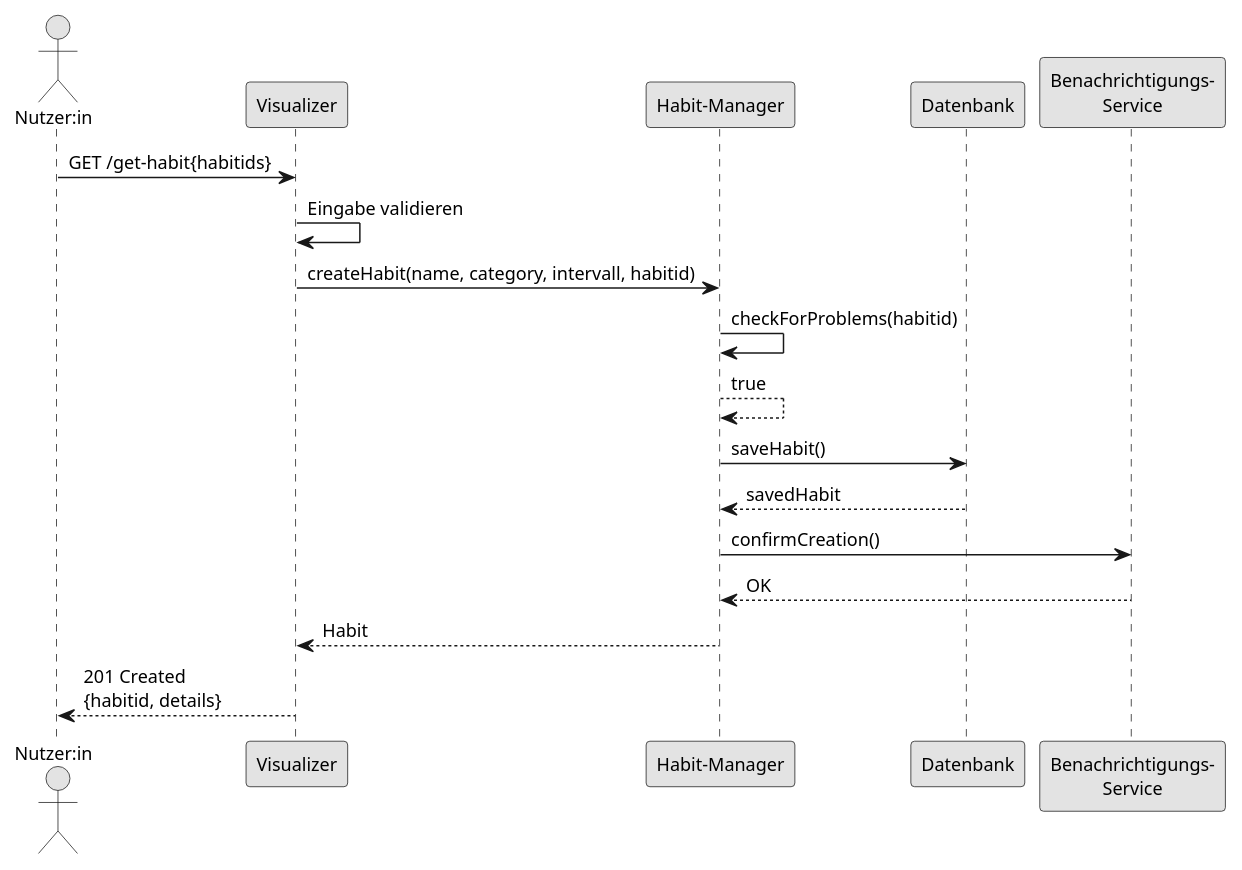
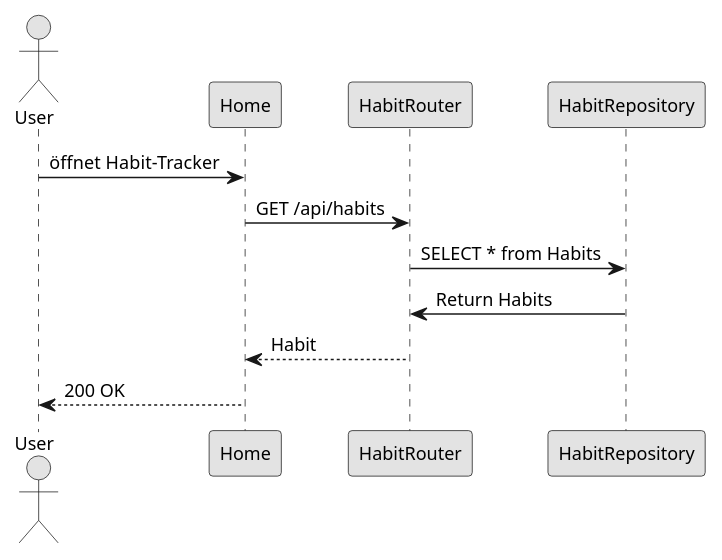
Before and after one commit to nac1dy/Habit-Tracker: the diagram in docs/design-analysis/current-flow.puml, drawn with PlantUML. The commit also changed other lines of this file, not shown here.

Commit message:
created current flow plantuml diagram

```diff
--- a/docs/design-analysis/current-flow.puml
+++ b/docs/design-analysis/current-flow.puml
@@ -3,23 +1,18 @@
 @startuml
+
 skinparam monochrome true
 skinparam defaultFontSize 12
 
-actor "Nutzer:in" as user
-participant "Visualizer" as ctrl
-participant "Habit-Manager" as svc
-participant "Datenbank" as repo
-participant "Benachrichtigungs-\nService" as notify
+actor "User" as user
+participant "Home" as home
+participant "HabitRouter" as svc
+participant "HabitRepository" as repo
 
-user -> ctrl : GET /get-habit{habitids}
-ctrl -> ctrl : Eingabe validieren
-ctrl -> svc : createHabit(name, category, intervall, habitid)
-svc -> svc : checkForProblems(habitid)
-svc --> svc : true
-svc -> repo : saveHabit()
-repo --> svc : savedHabit
-svc -> notify : confirmCreation()
-notify --> svc : OK
-svc --> ctrl : Habit
-ctrl --> user : 201 Created\n{habitid, details}
+user -> home : öffnet Habit-Tracker
+home -> svc : GET /api/habits
+svc -> repo : SELECT * from Habits
+repo -> svc : Return Habits
+svc --> home : Habit
+home --> user : 200 OK
 
 @enduml
```
